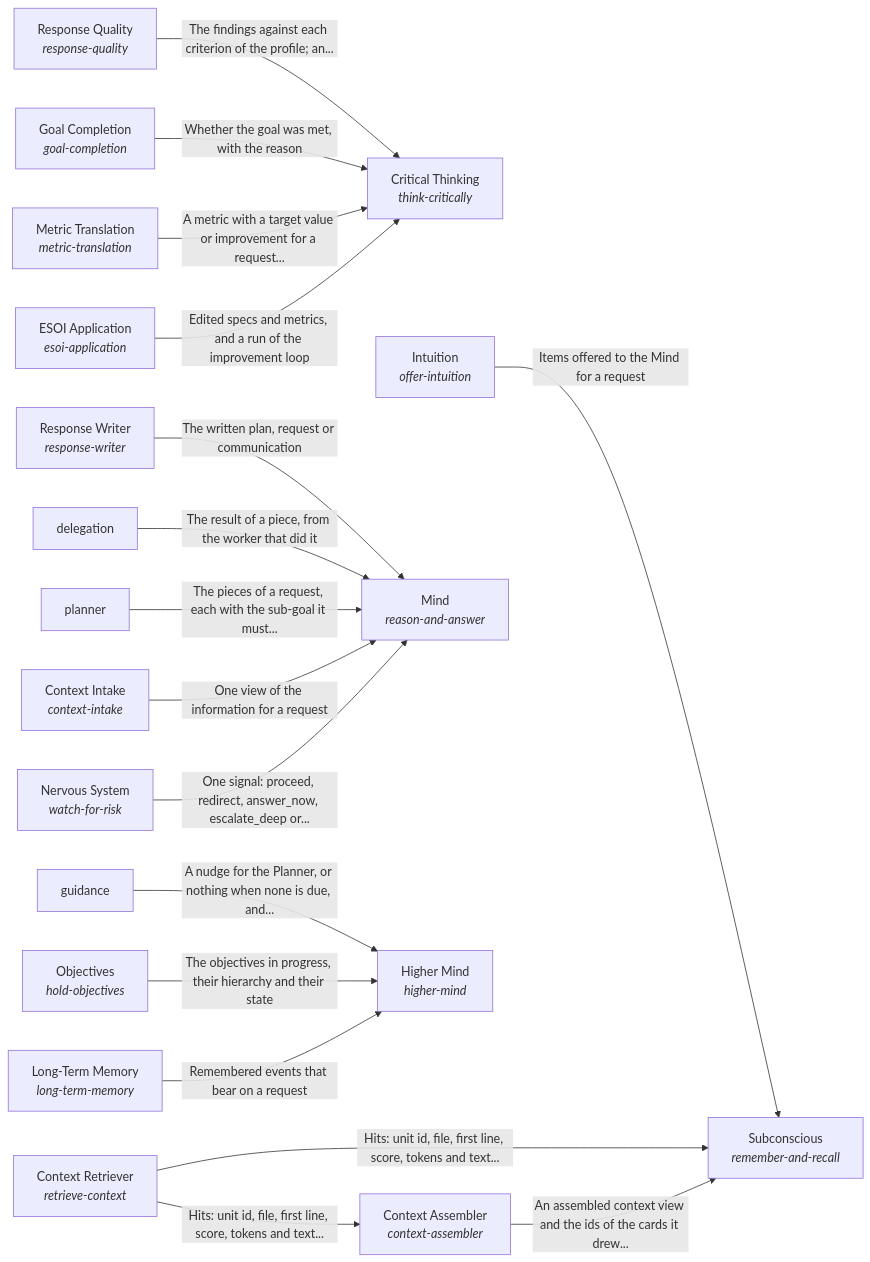
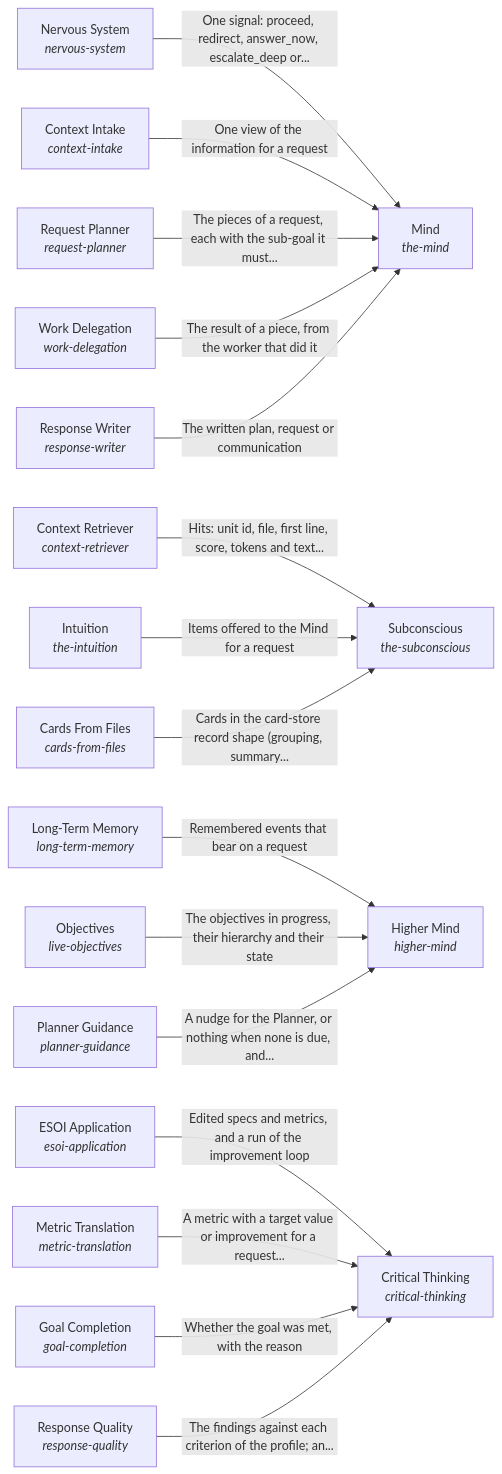
One commit to SpiritualData/ai-hub-of-hubs-structure changed the diagram in hubofhubs/the_intelligence/README.md. Above: the diagram before and after it, drawn with Mermaid. The commit also changed other lines of this file and 243 other files, not shown here.

First line of the commit message:
Hierarchy built flow-first: ids match names, replan loop, no fallback answer, real arms and metrics, Request Intake, Proactivity, Retriever merge

````diff
--- a/hubofhubs/the_intelligence/README.md
+++ b/hubofhubs/the_intelligence/README.md
@@ -17,38 +17,37 @@
 ```mermaid
 flowchart LR
-    s0["Nervous System<br/><i>watch-for-risk</i>"]
-    s1["Critical Thinking<br/><i>think-critically</i>"]
-    s2["Subconscious<br/><i>remember-and-recall</i>"]
-    s3["Context Assembler<br/><i>context-assembler</i>"]
-    s4["Context Retriever<br/><i>retrieve-context</i>"]
-    s5["Mind<br/><i>reason-and-answer</i>"]
-    s6["Higher Mind<br/><i>higher-mind</i>"]
-    s7["Long-Term Memory<br/><i>long-term-memory</i>"]
-    s8["Objectives<br/><i>hold-objectives</i>"]
-    s9["Intuition<br/><i>offer-intuition</i>"]
-    s10["Context Intake<br/><i>context-intake</i>"]
-    s11["planner"]
-    s12["delegation"]
-    s13["Response Writer<br/><i>response-writer</i>"]
-    s14["guidance"]
-    s15["ESOI Application<br/><i>esoi-application</i>"]
-    s16["Metric Translation<br/><i>metric-translation</i>"]
-    s17["Goal Completion<br/><i>goal-completion</i>"]
-    s18["Response Quality<br/><i>response-quality</i>"]
-    s0 -->|"One signal: proceed, redirect, answer_now, escalate_deep or..."| s5
-    s3 -->|"An assembled context view and the ids of the cards it drew..."| s2
-    s4 -->|"Hits: unit id, file, first line, score, tokens and text..."| s2
-    s4 -->|"Hits: unit id, file, first line, score, tokens and text..."| s3
-    s7 -->|"Remembered events that bear on a request"| s6
-    s8 -->|"The objectives in progress, their hierarchy and their state"| s6
-    s9 -->|"Items offered to the Mind for a request"| s2
-    s10 -->|"One view of the information for a request"| s5
-    s11 -->|"The pieces of a request, each with the sub-goal it must..."| s5
-    s12 -->|"The result of a piece, from the worker that did it"| s5
-    s13 -->|"The written plan, request or communication"| s5
-    s14 -->|"A nudge for the Planner, or nothing when none is due, and..."| s6
-    s15 -->|"Edited specs and metrics, and a run of the improvement loop"| s1
-    s16 -->|"A metric with a target value or improvement for a request..."| s1
-    s17 -->|"Whether the goal was met, with the reason"| s1
-    s18 -->|"The findings against each criterion of the profile; an..."| s1
+    s0["Nervous System<br/><i>nervous-system</i>"]
+    s1["Critical Thinking<br/><i>critical-thinking</i>"]
+    s2["Subconscious<br/><i>the-subconscious</i>"]
+    s3["Context Retriever<br/><i>context-retriever</i>"]
+    s4["Mind<br/><i>the-mind</i>"]
+    s5["Higher Mind<br/><i>higher-mind</i>"]
+    s6["Long-Term Memory<br/><i>long-term-memory</i>"]
+    s7["Objectives<br/><i>live-objectives</i>"]
+    s8["Intuition<br/><i>the-intuition</i>"]
+    s9["Context Intake<br/><i>context-intake</i>"]
+    s10["Request Planner<br/><i>request-planner</i>"]
+    s11["Work Delegation<br/><i>work-delegation</i>"]
+    s12["Response Writer<br/><i>response-writer</i>"]
+    s13["Planner Guidance<br/><i>planner-guidance</i>"]
+    s14["ESOI Application<br/><i>esoi-application</i>"]
+    s15["Metric Translation<br/><i>metric-translation</i>"]
+    s16["Goal Completion<br/><i>goal-completion</i>"]
+    s17["Response Quality<br/><i>response-quality</i>"]
+    s18["Cards From Files<br/><i>cards-from-files</i>"]
+    s0 -->|"One signal: proceed, redirect, answer_now, escalate_deep or..."| s4
+    s3 -->|"Hits: unit id, file, first line, score, tokens and text..."| s2
+    s6 -->|"Remembered events that bear on a request"| s5
+    s7 -->|"The objectives in progress, their hierarchy and their state"| s5
+    s8 -->|"Items offered to the Mind for a request"| s2
+    s9 -->|"One view of the information for a request"| s4
+    s10 -->|"The pieces of a request, each with the sub-goal it must..."| s4
+    s11 -->|"The result of a piece, from the worker that did it"| s4
+    s12 -->|"The written plan, request or communication"| s4
+    s13 -->|"A nudge for the Planner, or nothing when none is due, and..."| s5
+    s14 -->|"Edited specs and metrics, and a run of the improvement loop"| s1
+    s15 -->|"A metric with a target value or improvement for a request..."| s1
+    s16 -->|"Whether the goal was met, with the reason"| s1
+    s17 -->|"The findings against each criterion of the profile; an..."| s1
+    s18 -->|"Cards in the card-store record shape (grouping, summary..."| s2
 ```
````
